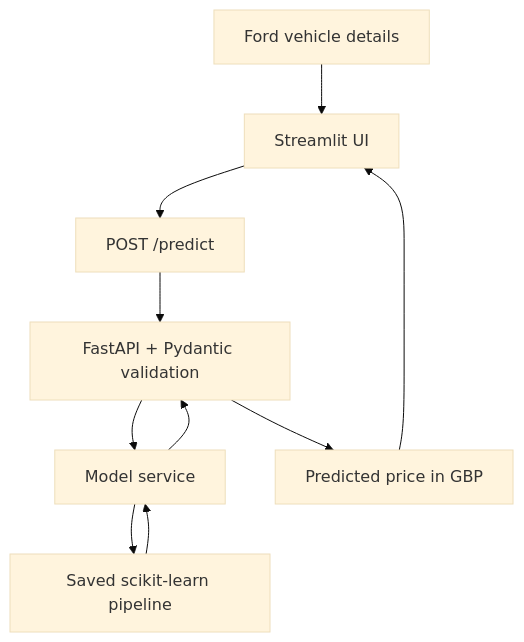
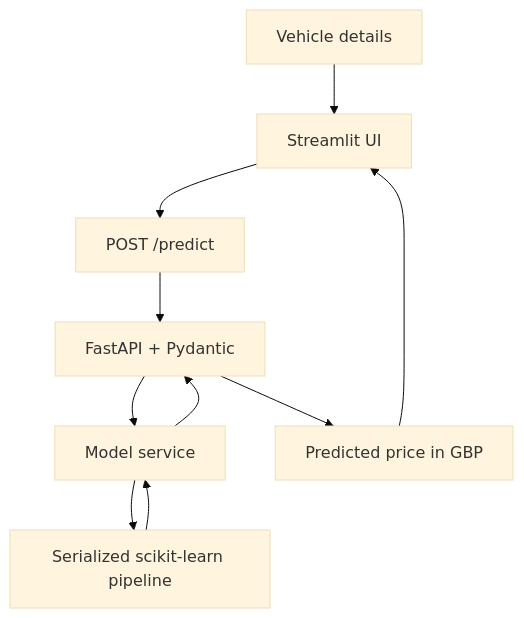
Before and after one commit to MuhammadKamran898/Project02-FordCarPricePrediction: the diagram in README.md, drawn with Mermaid (base theme). The commit also changed other lines of this file, not shown here.

````diff
--- a/README.md
+++ b/README.md
@@ -35,12 +96,12 @@
 ```mermaid
 flowchart TD
-    A[Ford vehicle details] --> B[Streamlit UI]
+    A[Vehicle details] --> B[Streamlit UI]
     B --> C[POST /predict]
-    C --> D[FastAPI + Pydantic validation]
+    C --> D[FastAPI + Pydantic]
     D --> E[Model service]
-    E --> F[Saved scikit-learn pipeline]
+    E --> F[Serialized scikit-learn pipeline]
     F --> E
     E --> D
     D --> G[Predicted price in GBP]
     G --> B
 ```
````
